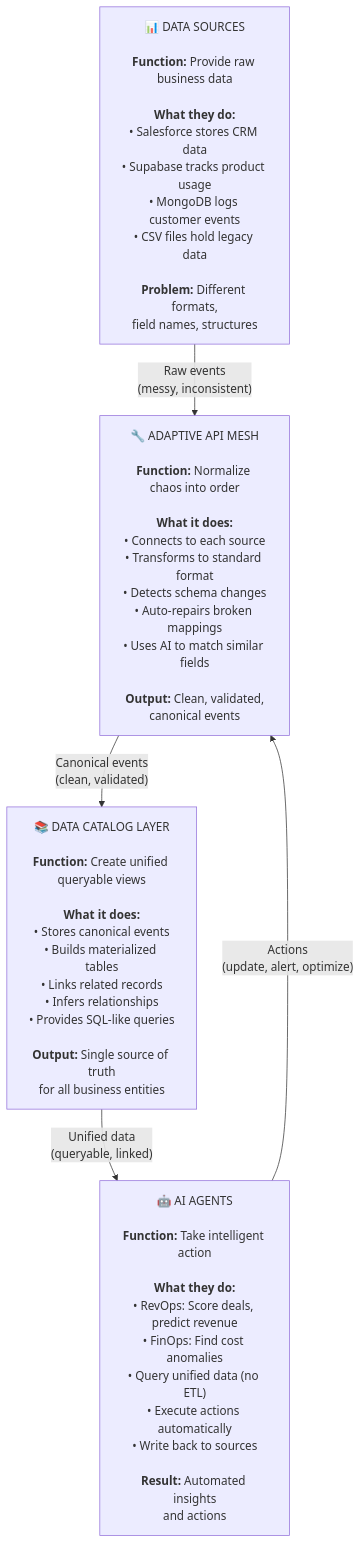
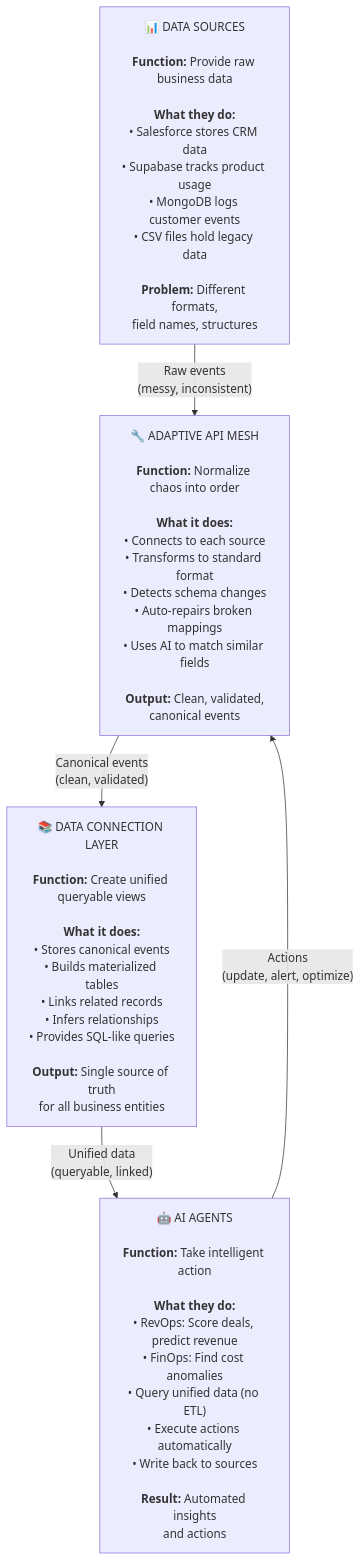
Before and after one commit to ilyacantor/autonomos-platform: the first of 9 diagrams in ARCHITECTURE.md, drawn with Mermaid. The commit also changed other lines of this file and 3 other files, not shown here.

First line of the commit message:
Update documentation to reflect Data Connection Layer terminology

````diff
--- a/ARCHITECTURE.md
+++ b/ARCHITECTURE.md
@@ -21,15 +21,15 @@
 ```mermaid
 flowchart TB
     DS["📊 DATA SOURCES<br/><br/><b>Function:</b> Provide raw business data<br/><br/><b>What they do:</b><br/>• Salesforce stores CRM data<br/>• Supabase tracks product usage<br/>• MongoDB logs customer events<br/>• CSV files hold legacy data<br/><br/><b>Problem:</b> Different formats,<br/>field names, structures"]
     
     AAM["🔧 ADAPTIVE API MESH<br/><br/><b>Function:</b> Normalize chaos into order<br/><br/><b>What it does:</b><br/>• Connects to each source<br/>• Transforms to standard format<br/>• Detects schema changes<br/>• Auto-repairs broken mappings<br/>• Uses AI to match similar fields<br/><br/><b>Output:</b> Clean, validated,<br/>canonical events"]
     
-    DCL["📚 DATA CATALOG LAYER<br/><br/><b>Function:</b> Create unified queryable views<br/><br/><b>What it does:</b><br/>• Stores canonical events<br/>• Builds materialized tables<br/>• Links related records<br/>• Infers relationships<br/>• Provides SQL-like queries<br/><br/><b>Output:</b> Single source of truth<br/>for all business entities"]
+    DCL["📚 DATA CONNECTION LAYER<br/><br/><b>Function:</b> Create unified queryable views<br/><br/><b>What it does:</b><br/>• Stores canonical events<br/>• Builds materialized tables<br/>• Links related records<br/>• Infers relationships<br/>• Provides SQL-like queries<br/><br/><b>Output:</b> Single source of truth<br/>for all business entities"]
     
     AGENTS["🤖 AI AGENTS<br/><br/><b>Function:</b> Take intelligent action<br/><br/><b>What they do:</b><br/>• RevOps: Score deals, predict revenue<br/>• FinOps: Find cost anomalies<br/>• Query unified data (no ETL)<br/>• Execute actions automatically<br/>• Write back to sources<br/><br/><b>Result:</b> Automated insights<br/>and actions"]
     
     DS -->|"Raw events<br/>(messy, inconsistent)"| AAM
     AAM -->|"Canonical events<br/>(clean, validated)"| DCL
     DCL -->|"Unified data<br/>(queryable, linked)"| AGENTS
     AGENTS -->|"Actions<br/>(update, alert, optimize)"| AAM
 ```
````
